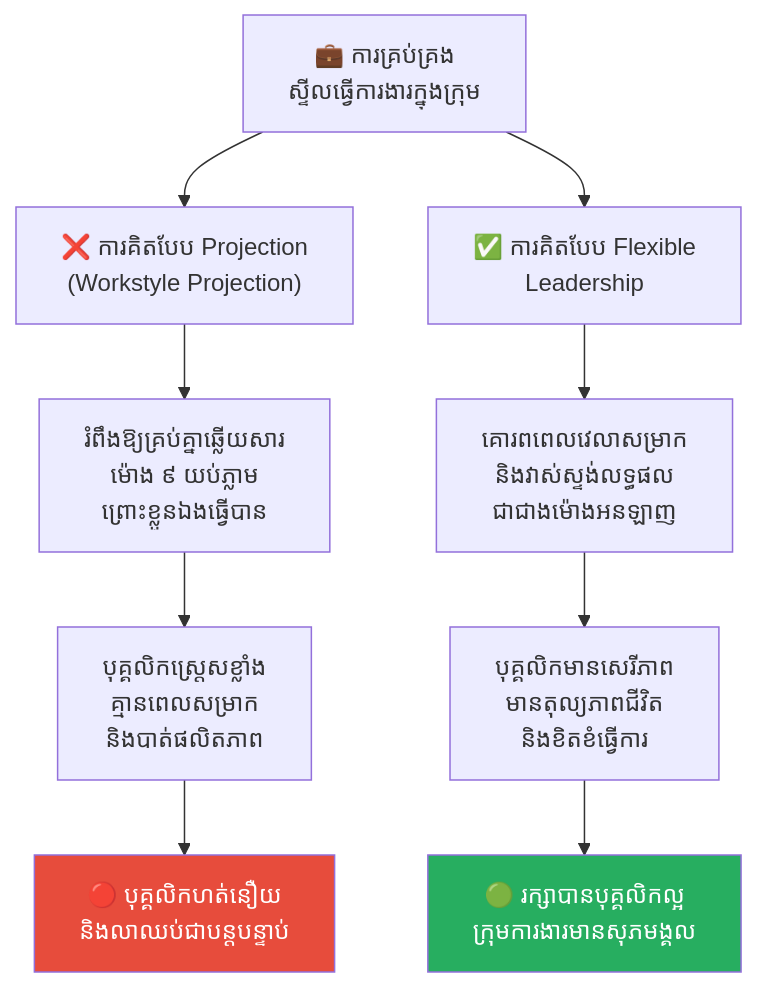
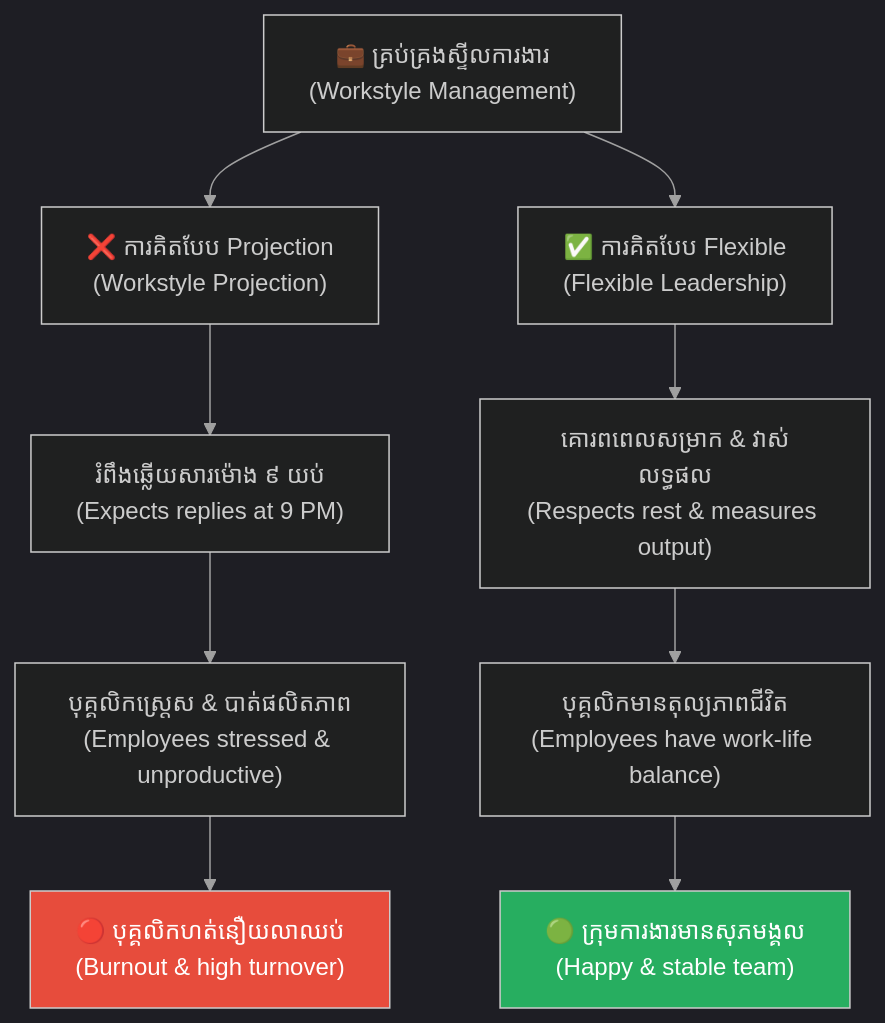
The fifth of 5 diagrams in feeds/concepts/articles/04-projection-effect.md (GuideStack/iblogger-feeds), drawn with Mermaid before and after one commit. The commit also changed other lines of this file, not shown here.

Commit message:
docs: upgrade 04-projection-effect to bilingual format

````diff
--- a/feeds/concepts/articles/04-projection-effect.md
+++ b/feeds/concepts/articles/04-projection-effect.md
@@ -172,16 +282,25 @@
 ```mermaid
+%%{init: {
+  'theme': 'dark',
+  'themeVariables': {
+    'background': '#1e1e1e',
+    'primaryTextColor': '#ffffff',
+    'lineColor': '#a0a0a0'
+  },
+  'themeCSS': 'svg { background-color: #1e1e1e !important; padding: 1rem !important; border-radius: 8px !important; } .edgeLabel rect { fill: #1e1e1e !important; } text, tspan { fill: #ffffff !important; }'
+}}%%
 graph TD
-    A["💼 ការគ្រប់គ្រង<br/>ស្ទីលធ្វើការងារក្នុងក្រុម"] --> B1["❌ ការគិតបែប Projection<br/>(Workstyle Projection)"]
-    A --> B2["✅ ការគិតបែប Flexible<br/>Leadership"]
+    A["💼 គ្រប់គ្រងស្ទីលការងារ<br/>(Workstyle Management)"] --> B1["❌ ការគិតបែប Projection<br/>(Workstyle Projection)"]
+    A --> B2["✅ ការគិតបែប Flexible<br/>(Flexible Leadership)"]
     
-    B1 --> C1["រំពឹងឱ្យគ្រប់គ្នាឆ្លើយសារ<br/>ម៉ោង ៩ យប់ភ្លាម<br/>ព្រោះខ្លួនឯងធ្វើបាន"]
-    C1 --> D1["បុគ្គលិកស្ត្រេសខ្លាំង<br/>គ្មានពេលសម្រាក<br/>និងបាត់ផលិតភាព"]
-    D1 --> E1["🔴 បុគ្គលិកហត់នឿយ<br/>និងលាឈប់ជាបន្តបន្ទាប់"]
+    B1 --> C1["រំពឹងឆ្លើយសារម៉ោង ៩ យប់<br/>(Expects replies at 9 PM)"]
+    C1 --> D1["បុគ្គលិកស្ត្រេស & បាត់ផលិតភាព<br/>(Employees stressed & unproductive)"]
+    D1 --> E1["🔴 បុគ្គលិកហត់នឿយលាឈប់<br/>(Burnout & high turnover)"]
     
-    B2 --> C2["គោរពពេលវេលាសម្រាក<br/>និងវាស់ស្ទង់លទ្ធផល<br/>ជាជាងម៉ោងអនឡាញ"]
-    C2 --> D2["បុគ្គលិកមានសេរីភាព<br/>មានតុល្យភាពជីវិត<br/>និងខិតខំធ្វើការ"]
-    D2 --> E2["🟢 រក្សាបានបុគ្គលិកល្អ<br/>ក្រុមការងារមានសុភមង្គល"]
+    B2 --> C2["គោរពពេលសម្រាក & វាស់លទ្ធផល<br/>(Respects rest & measures output)"]
+    C2 --> D2["បុគ្គលិកមានតុល្យភាពជីវិត<br/>(Employees have work-life balance)"]
+    D2 --> E2["🟢 ក្រុមការងារមានសុភមង្គល<br/>(Happy & stable team)"]
 
     style E1 fill:#e74c3c,color:#fff
     style E2 fill:#27ae60,color:#fff
 ```
````
